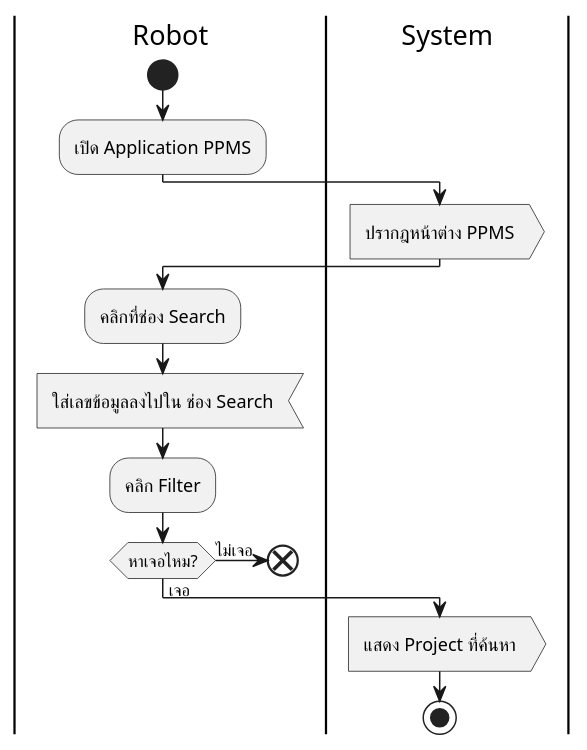
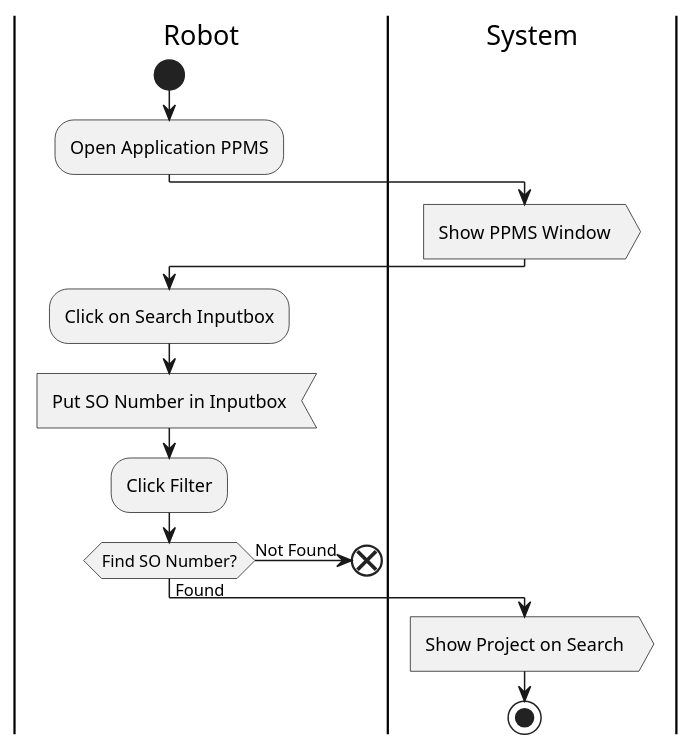
One commit to Meenkonlapat/RPA-Project changed the diagram in Robot Activity (Project Assign System Management)/u3-Search projects.wsd. Above: the diagram before and after it, drawn with PlantUML. The commit also changed 19 other files, not shown here.

```diff
--- a/Robot Activity (Project Assign System Management)/u3-Search projects.wsd
+++ b/Robot Activity (Project Assign System Management)/u3-Search projects.wsd
@@ -1,20 +1,20 @@
 @startuml
 |Robot|
 start
-:เปิด Application PPMS;
+:Open Application PPMS;
 |System|
-:ปรากฎหน้าต่าง PPMS>
+:Show PPMS Window>
 |Robot|
-:คลิกที่ช่อง Search;
-:ใส่เลขข้อมูลลงไปใน ช่อง Search<
-:คลิก Filter;
-if(หาเจอไหม?) then (เจอ)
+:Click on Search Inputbox;
+:Put SO Number in Inputbox<
+:Click Filter;
+if(Find SO Number?) then (Found)
 |System|
-:แสดง Project ที่ค้นหา>
-else(ไม่เจอ)
+:Show Project on Search>
+else(Not Found)
 |Robot|
 end
 |System|
 endif
 stop
 @enduml
```
